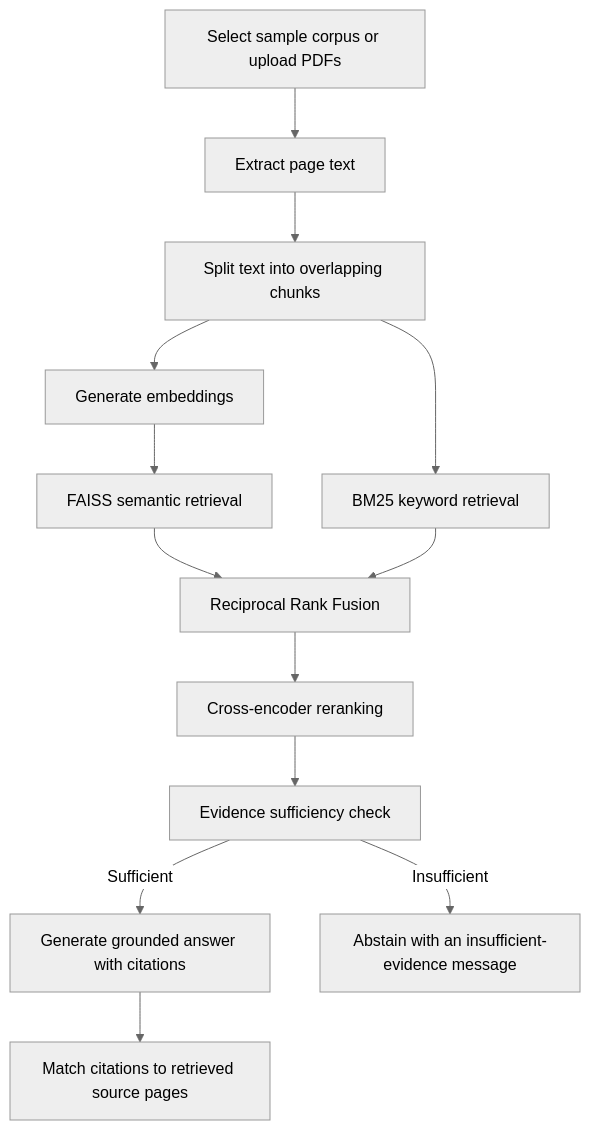
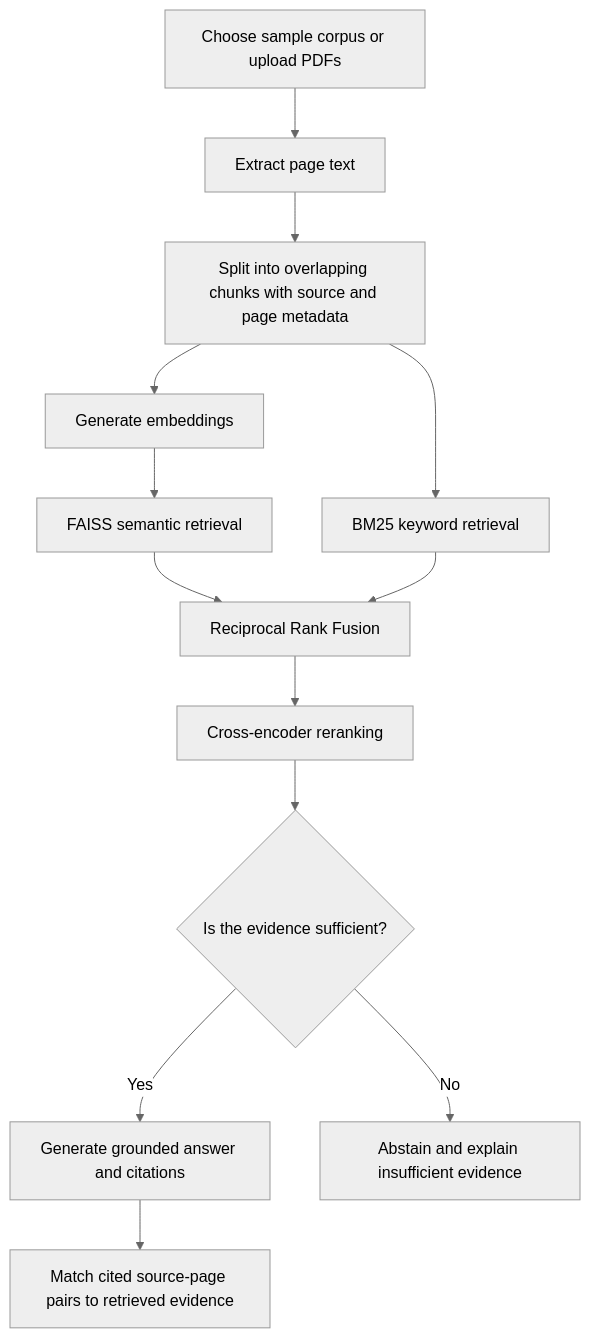
Before and after one commit to Ayesha-Ansa/research-evidence-analyst: the diagram in README.md, drawn with Mermaid (neutral theme). The commit also changed other lines of this file, not shown here.

````diff
--- a/README.md
+++ b/README.md
@@ -33,15 +31,15 @@
 ```mermaid
 flowchart TD
-    A[Select sample corpus or upload PDFs] --> B[Extract page text]
-    B --> C[Split text into overlapping chunks]
+    A[Choose sample corpus or upload PDFs] --> B[Extract page text]
+    B --> C[Split into overlapping chunks with source and page metadata]
     C --> D[Generate embeddings]
     D --> E[FAISS semantic retrieval]
     C --> F[BM25 keyword retrieval]
     E --> G[Reciprocal Rank Fusion]
     F --> G
     G --> H[Cross-encoder reranking]
-    H --> I[Evidence sufficiency check]
-    I -->|Sufficient| J[Generate grounded answer with citations]
-    I -->|Insufficient| K[Abstain with an insufficient-evidence message]
-    J --> L[Match citations to retrieved source pages]
+    H --> I{Is the evidence sufficient?}
+    I -->|Yes| J[Generate grounded answer and citations]
+    I -->|No| K[Abstain and explain insufficient evidence]
+    J --> L[Match cited source-page pairs to retrieved evidence]
 ```
````
